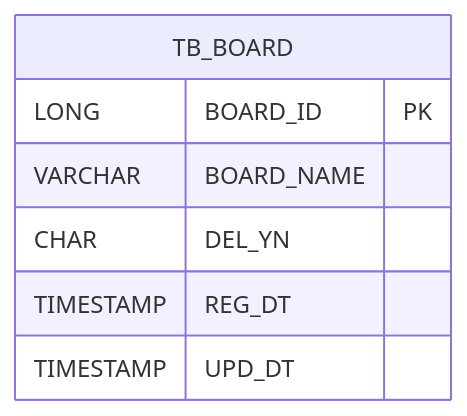
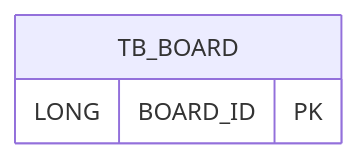
One commit to vicevil4/slogging-api changed the diagram in docs/erd/erd-01-board.md. Above: the diagram before and after it, drawn with Mermaid. The commit also changed other lines of this file, not shown here.

````diff
--- a/docs/erd/erd-01-board.md
+++ b/docs/erd/erd-01-board.md
@@ -5,12 +17,8 @@
 ```mermaid
 erDiagram
 
 TB_BOARD {
     LONG BOARD_ID PK
-    VARCHAR BOARD_NAME
-    CHAR DEL_YN
-    TIMESTAMP REG_DT
-    TIMESTAMP UPD_DT
 }
 
 ```
````
